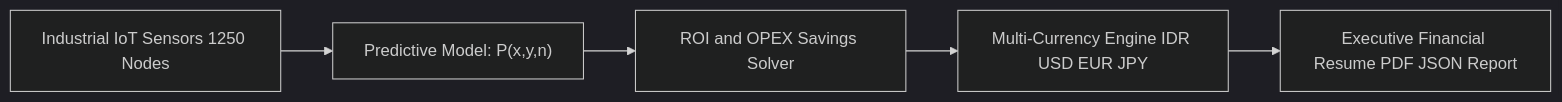
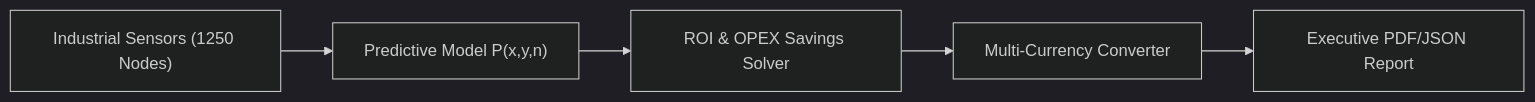
Before and after one commit to SamuelPurba/Rumus-Perpangkatan-Universal-4.0: the fourth of 6 diagrams in README.md, drawn with Mermaid (dark theme). The commit also changed other lines of this file, not shown here.

Commit message:
docs(ieee): Format README.md strictly to IEEE Transactions Manuscript Specification with numbered equations, table titles, figure captions, and citations

````diff
--- a/README.md
+++ b/README.md
@@ -302,7 +243,7 @@
 ```mermaid
 graph LR
-    DATA["Industrial IoT Sensors 1250 Nodes"] --> MODEL["Predictive Model: P(x,y,n)"]
-    MODEL --> ROI["ROI and OPEX Savings Solver"]
-    ROI --> CURRENCY["Multi-Currency Engine IDR USD EUR JPY"]
-    CURRENCY --> REPORT["Executive Financial Resume PDF JSON Report"]
+    DATA["Industrial Sensors (1250 Nodes)"] --> MODEL["Predictive Model P(x,y,n)"]
+    MODEL --> ROI["ROI & OPEX Savings Solver"]
+    ROI --> CURR["Multi-Currency Converter"]
+    CURR --> REP["Executive PDF/JSON Report"]
 ```
````
